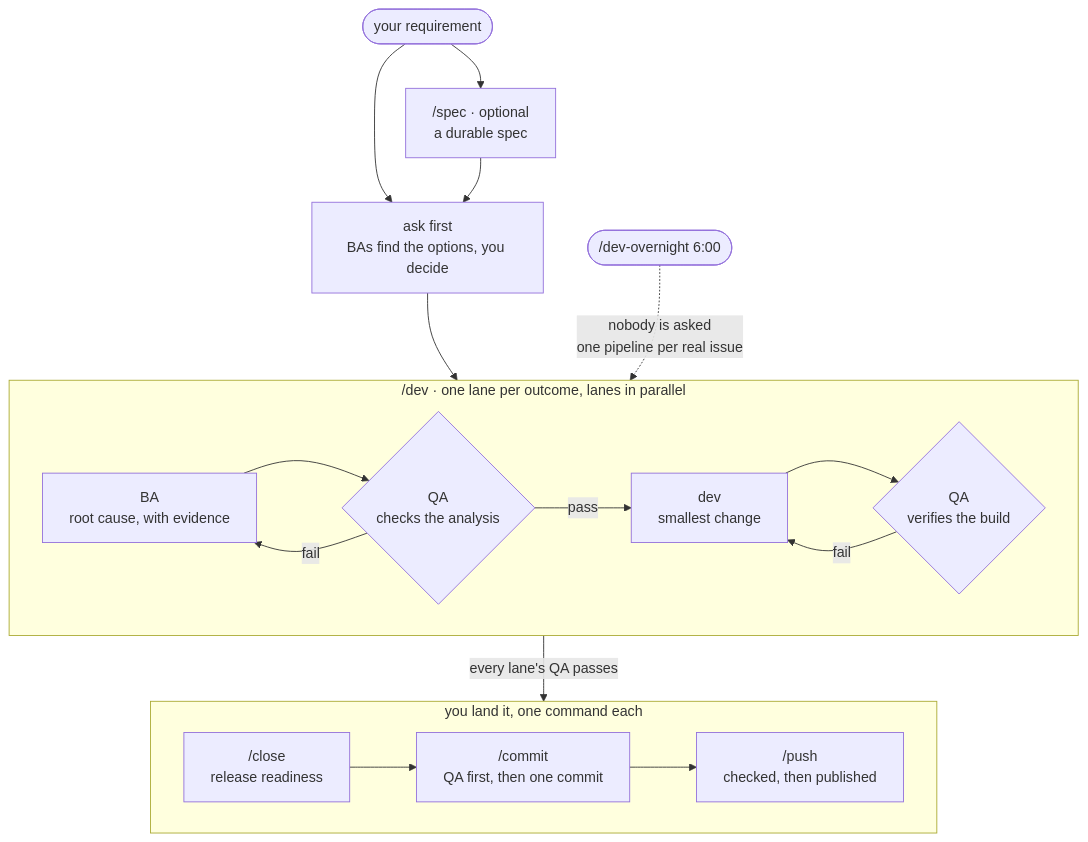
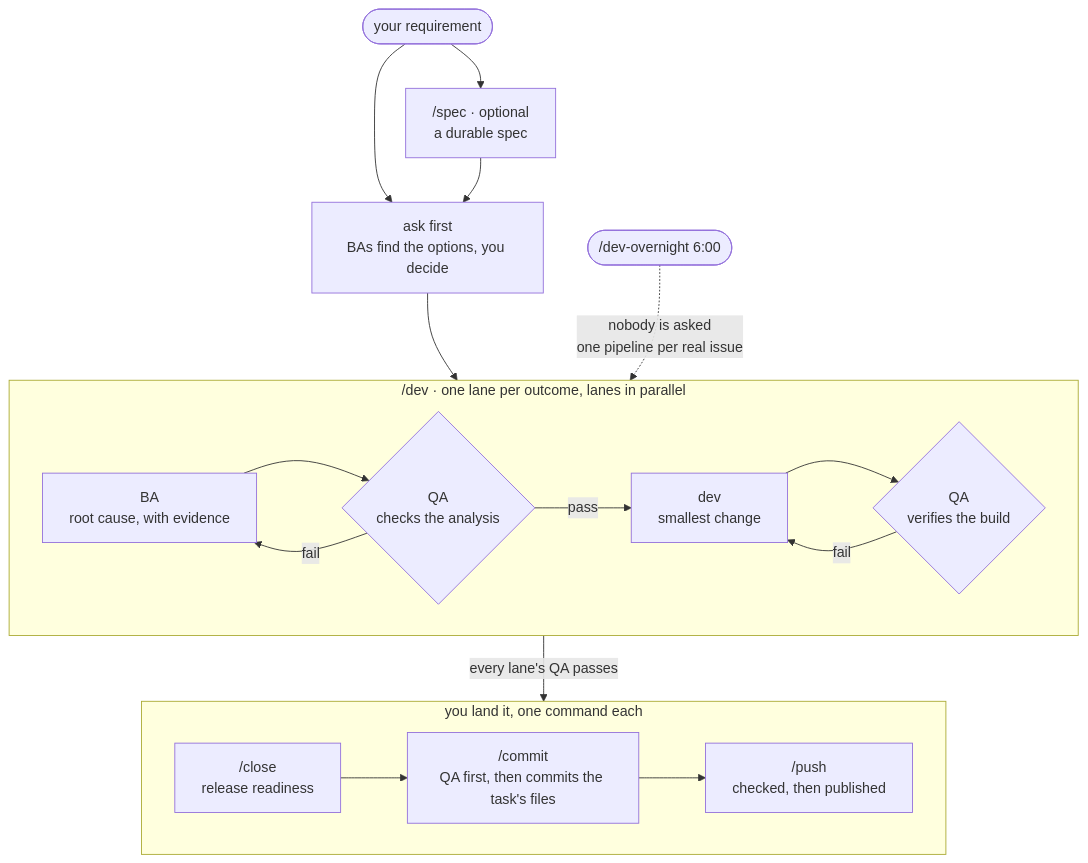
One commit to Yugoge/awesome-claude-harness changed the first of 2 diagrams in README.md. Above: the diagram before and after it, drawn with Mermaid. The commit also changed other lines of this file and 2 other files, not shown here.

````diff
--- a/README.md
+++ b/README.md
@@ -77,21 +82,21 @@
 ```mermaid
 flowchart TD
     subgraph LANE["/dev · one lane per outcome, lanes in parallel"]
         direction LR
         BA["BA<br/>root cause, with evidence"] --> QA1{"QA<br/>checks the analysis"}
         QA1 -->|fail| BA
         QA1 -->|pass| DEV["dev<br/>smallest change"]
         DEV --> QA2{"QA<br/>verifies the build"}
         QA2 -->|fail| DEV
     end
     subgraph LAND["you land it, one command each"]
         direction LR
-        CLOSE["/close<br/>release readiness"] --> COMMIT["/commit<br/>QA first, then one commit"] --> PUSH["/push<br/>checked, then published"]
+        CLOSE["/close<br/>release readiness"] --> COMMIT["/commit<br/>QA first, then commits the task's files"] --> PUSH["/push<br/>checked, then published"]
     end
     REQ(["your requirement"]) --> SPEC["/spec · optional<br/>a durable spec"]
     REQ --> ASK["ask first<br/>BAs find the options, you decide"]
     SPEC --> ASK
     ASK --> LANE
     NIGHT(["/dev-overnight 6:00"]) -.->|"nobody is asked<br/>one pipeline per real issue"| LANE
     LANE -->|"every lane's QA passes"| LAND
 ```
````
